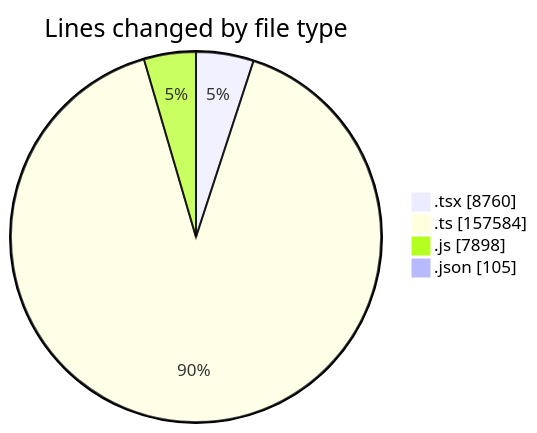
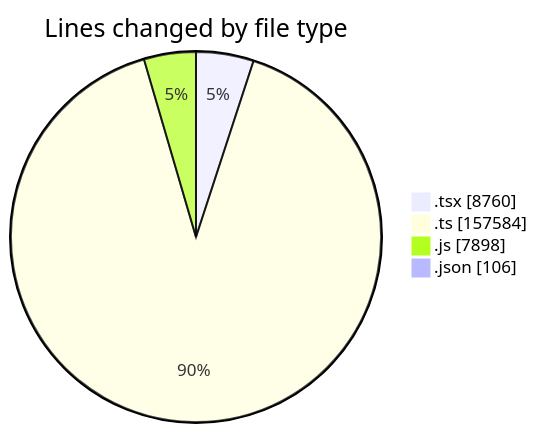
The first of 2 diagrams in 2026-07-30/cda/README.md (momahboobian/code-tracking), drawn with Mermaid before and after one commit. The commit also changed other lines of this file and 1 other file, not shown here.

````diff
--- a/2026-07-30/cda/README.md
+++ b/2026-07-30/cda/README.md
@@ -58,8 +58,8 @@
 ```mermaid
 pie showData
 title Lines changed by file type
 ".tsx" : 8760
 ".ts" : 157584
 ".js" : 7898
-".json" : 105
+".json" : 106
 ```
````
